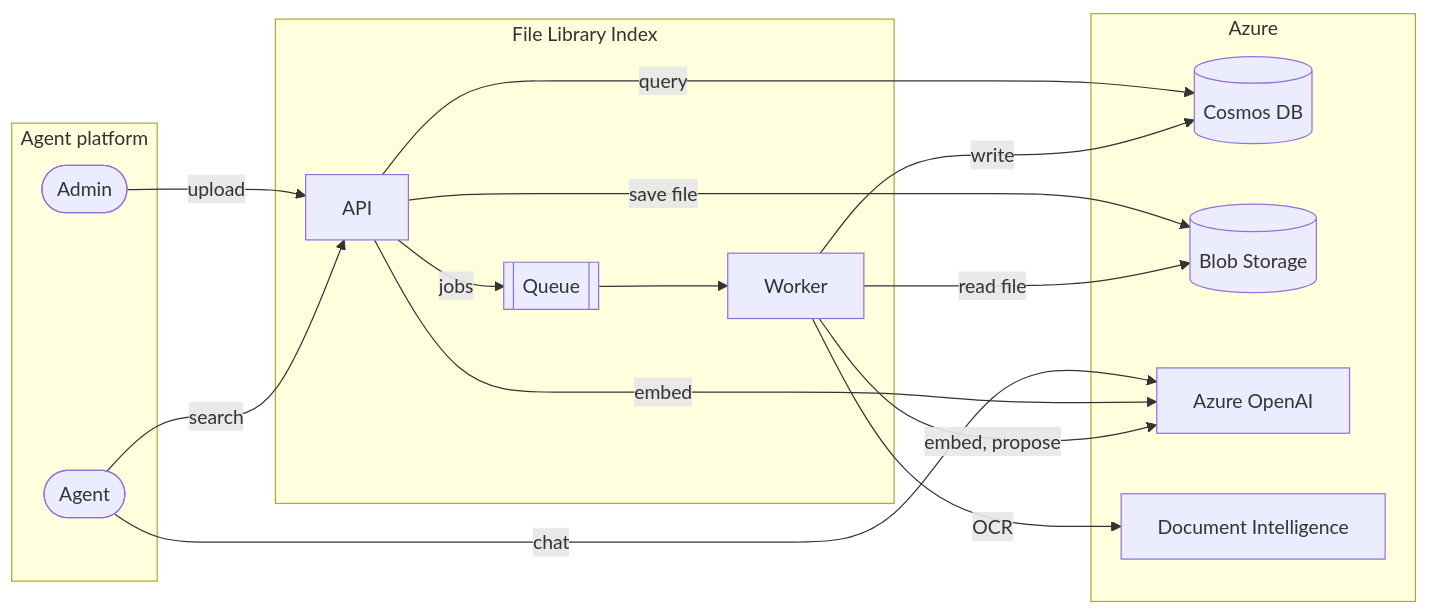
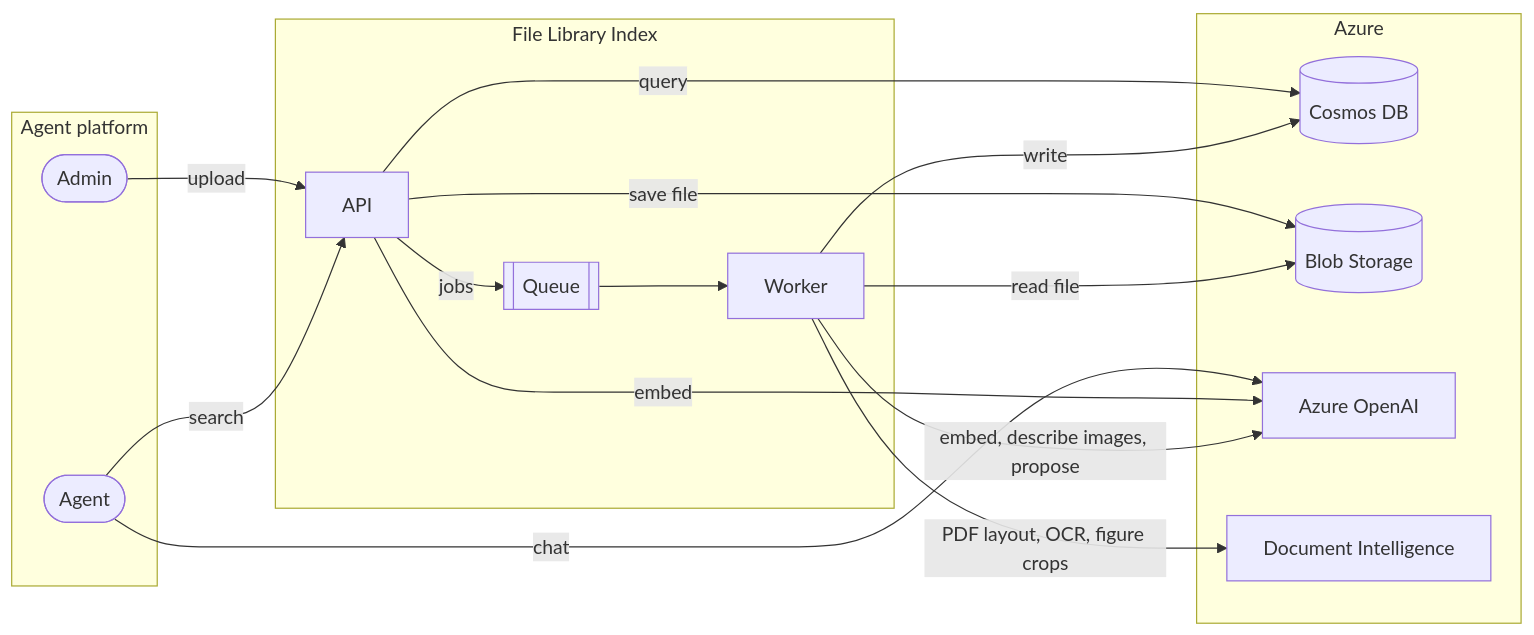
One commit to ASeabrook36/cosmos-based-file-libraries changed the third of 4 diagrams in README.md. Above: the diagram before and after it, drawn with Mermaid. The commit also changed other lines of this file and 60 other files, not shown here.

````diff
--- a/README.md
+++ b/README.md
@@ -133,29 +160,29 @@
 ```mermaid
 flowchart LR
     subgraph platform["Agent platform"]
         admin([Admin])
         agent([Agent])
     end
     subgraph index["File Library Index"]
         api["API"]
         queue[["Queue"]]
         worker["Worker"]
     end
     subgraph azure["Azure"]
         cosmos[("Cosmos DB")]
         blob[("Blob Storage")]
         openai["Azure OpenAI"]
         ocr["Document Intelligence"]
     end
     admin -- upload --> api
     agent -- search --> api
     agent -- chat --> openai
     api -- jobs --> queue --> worker
     api -- "save file" --> blob
     api -- query --> cosmos
     api -- embed --> openai
     worker -- "read file" --> blob
-    worker -- "embed, propose" --> openai
-    worker -- OCR --> ocr
+    worker -- "embed, describe images, propose" --> openai
+    worker -- "PDF layout, OCR, figure crops" --> ocr
     worker -- write --> cosmos
 ```
````
